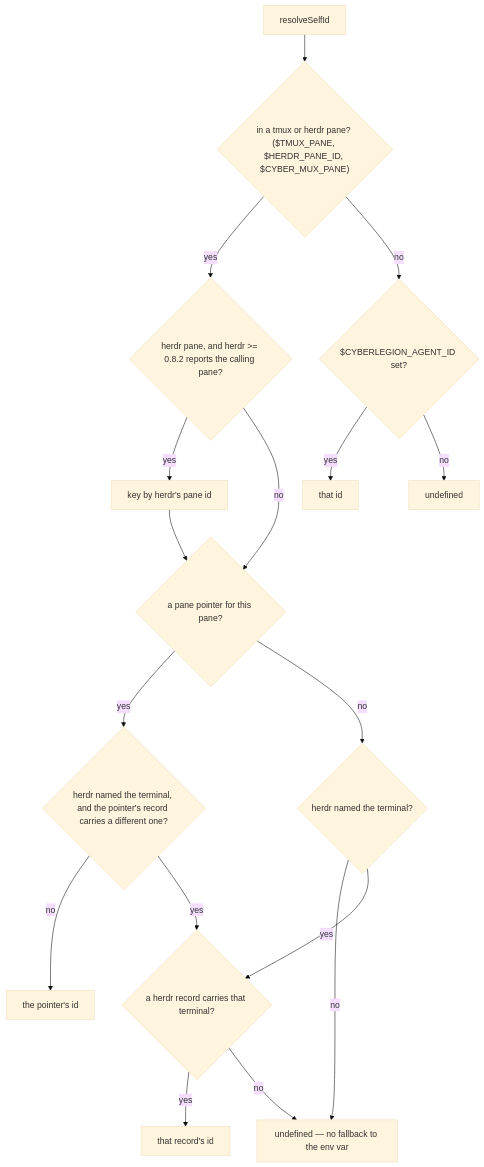
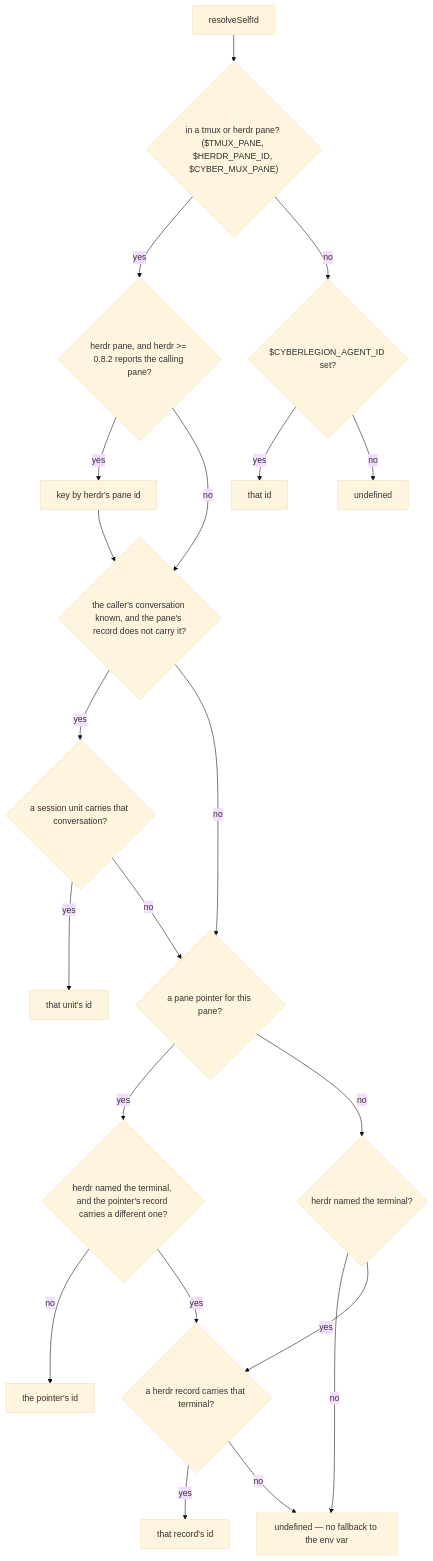
One commit to cyberuni/cyberlegion changed the fourth of 13 diagrams in packages/cyberlegion/.agents/spec/unit/registry/README.md. Above: the diagram before and after it, drawn with Mermaid (base theme). The commit also changed other lines of this file and 16 other files, not shown here.

First line of the commit message:
fix: a resumed session finds its unit by its harness conversation

````diff
--- a/packages/cyberlegion/.agents/spec/unit/registry/README.md
+++ b/packages/cyberlegion/.agents/spec/unit/registry/README.md
@@ -564,18 +581,22 @@
 ```mermaid
 graph TD
   SI0["resolveSelfId"] --> SI1{"in a tmux or herdr pane? ($TMUX_PANE, $HERDR_PANE_ID, $CYBER_MUX_PANE)"}
   SI1 -- yes --> SIH{"herdr pane, and herdr >= 0.8.2 reports the calling pane?"}
-  SIH -- yes --> SIHY["key by herdr's pane id"] --> SI2
-  SIH -- no --> SI2{"a pane pointer for this pane?"}
+  SIH -- yes --> SIHY["key by herdr's pane id"] --> SIC
+  SIH -- no --> SIC{"the caller's conversation known, and the pane's record does not carry it?"}
+  SIC -- yes --> SIC1{"a session unit carries that conversation?"}
+  SIC1 -- yes --> SICY["that unit's id"]
+  SIC1 -- no --> SI2
+  SIC -- no --> SI2{"a pane pointer for this pane?"}
   SI2 -- yes --> SIT{"herdr named the terminal, and the pointer's record carries a different one?"}
   SIT -- no --> SI2Y["the pointer's id"]
   SIT -- yes --> SIT1
   SI2 -- no --> SIT0{"herdr named the terminal?"}
   SIT0 -- no --> SI2N["undefined — no fallback to the env var"]
   SIT0 -- yes --> SIT1{"a herdr record carries that terminal?"}
   SIT1 -- yes --> SITY["that record's id"]
   SIT1 -- no --> SI2N
   SI1 -- no --> SI3{"$CYBERLEGION_AGENT_ID set?"}
   SI3 -- yes --> SI3Y["that id"]
   SI3 -- no --> SI3N["undefined"]
 ```
````
